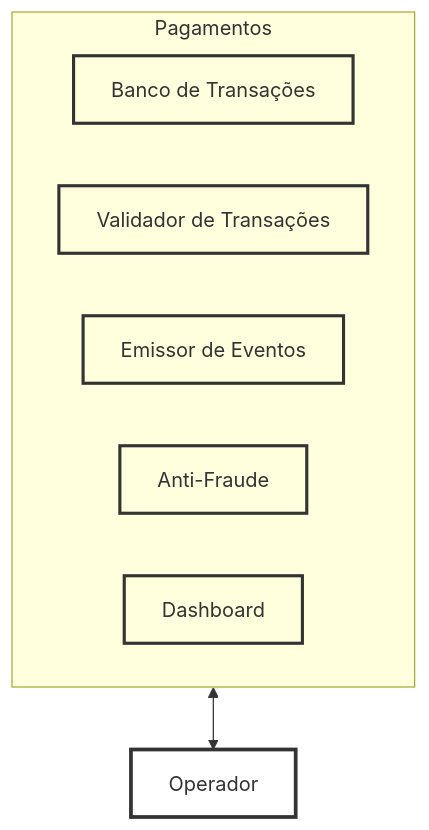
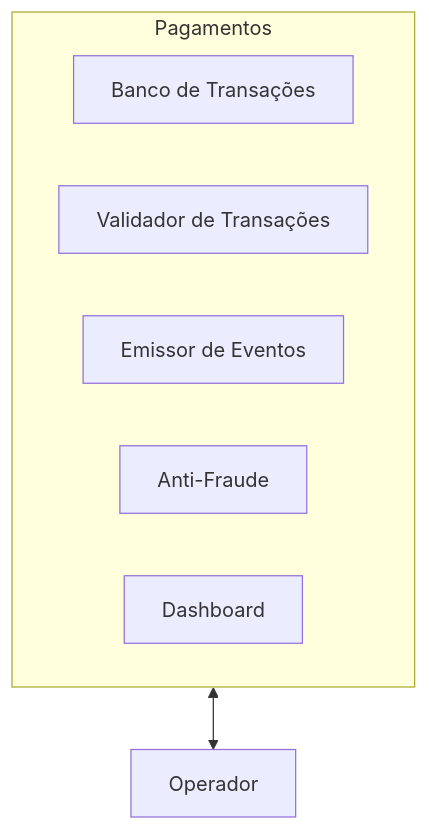
The sixth of 9 diagrams in README.md (FormigTeen/spec-arch), drawn with Mermaid before and after one commit. The commit also changed other lines of this file and 1 other file, not shown here.

````diff
--- a/README.md
+++ b/README.md
@@ -248,17 +230,14 @@
 ```mermaid
 flowchart TB
-  classDef comp fill:transparent,stroke:#333,stroke-width:2.5px,color:#333
-  classDef compCore fill:transparent,stroke:#333,stroke-width:3px,color:#333
+  OPER[Operador]
 
-  OPER["Operador"]:::compCore
-
-  subgraph PAY["Pagamentos"]
-    BANK["Banco de Transações"]:::comp
-    VALID["Validador de Transações"]:::comp
-    EMIT["Emissor de Eventos"]:::comp
-    ANTI["Anti-Fraude"]:::comp
-    DASH["Dashboard"]:::comp
+  subgraph PAY[Pagamentos]
+    BANK[Banco de Transações]
+    VALID[Validador de Transações]
+    EMIT[Emissor de Eventos]
+    ANTI[Anti-Fraude]
+    DASH[Dashboard]
   end
 
   PAY <--> OPER
 ```
````
